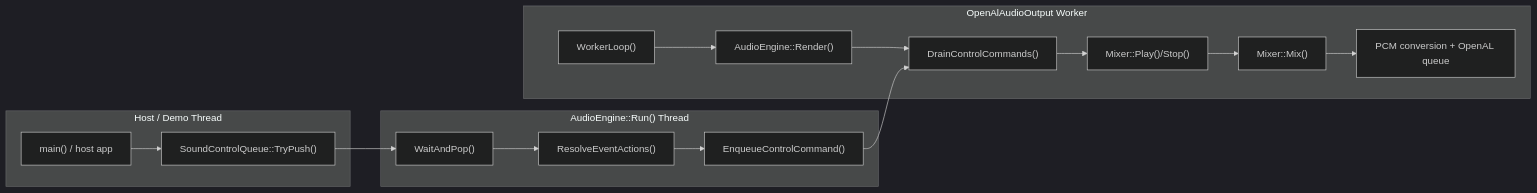
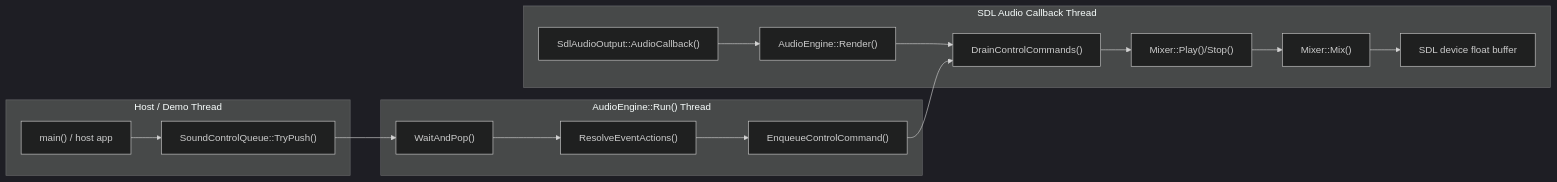
The fourth of 4 diagrams in docs/architecture_uml.md (ddoxey/soundscape), drawn with Mermaid (dark theme) before and after one commit. The commit also changed other lines of this file and 9 other files, not shown here.

Commit message:
Add audio diagnostics and refresh UML

````diff
--- a/docs/architecture_uml.md
+++ b/docs/architecture_uml.md
@@ -236,22 +235,22 @@
 ```mermaid
 flowchart LR
   subgraph HostThread["Host / Demo Thread"]
     A["main() / host app"] --> B["SoundControlQueue::TryPush()"]
   end
 
   subgraph ControlThread["AudioEngine::Run() Thread"]
     C["WaitAndPop()"] --> D["ResolveEventActions()"]
     D --> E["EnqueueControlCommand()"]
   end
 
-  subgraph AudioThread["OpenAlAudioOutput Worker"]
-    F["WorkerLoop()"] --> G["AudioEngine::Render()"]
+  subgraph AudioThread["SDL Audio Callback Thread"]
+    F["SdlAudioOutput::AudioCallback()"] --> G["AudioEngine::Render()"]
     G --> H["DrainControlCommands()"]
     H --> I["Mixer::Play()/Stop()"]
     I --> J["Mixer::Mix()"]
-    J --> K["PCM conversion + OpenAL queue"]
+    J --> K["SDL device float buffer"]
   end
 
   B --> C
   E --> H
 ```
````
